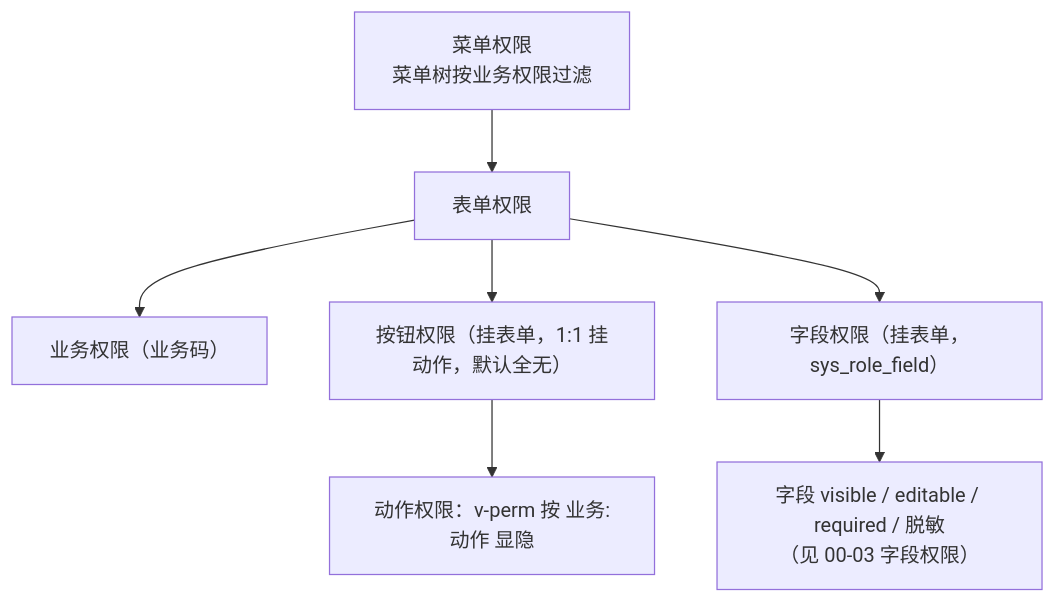
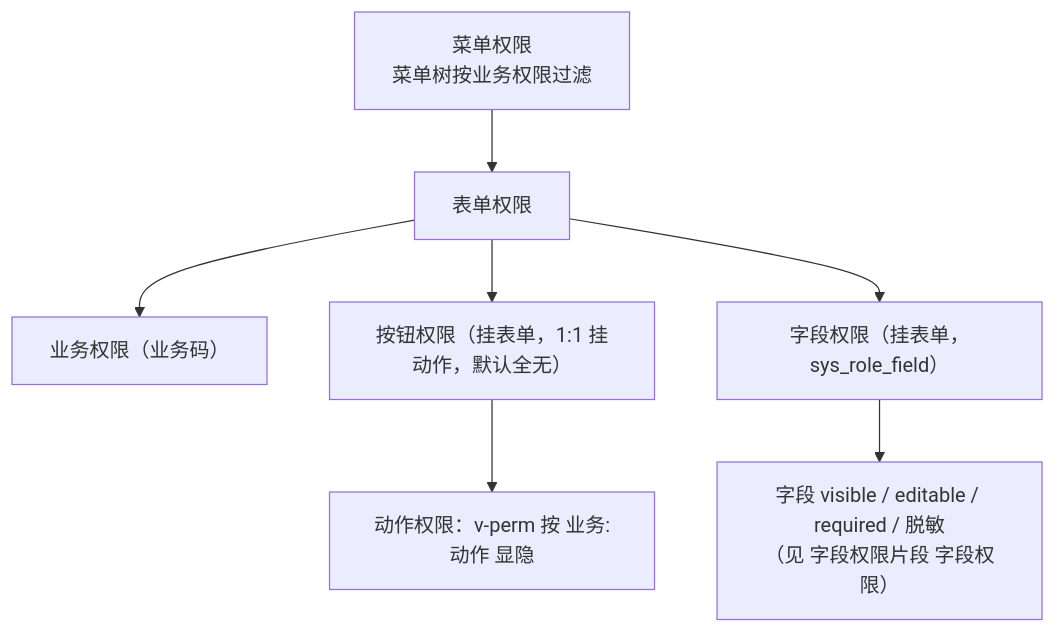
The diagram in bms文档/设计/组件设计/09_基础类/02_组件设计_权限指令/02_组件设计_权限指令.md (minjian123/basic-management-system), drawn with Mermaid before and after one commit. The commit also changed other lines of this file and 91 other files, not shown here.

Commit message:
docs(组件库): 组件设计正文编号引用清理（改为名称定位，保留目录与路线图编号）

````diff
--- a/bms文档/设计/组件设计/09_基础类/02_组件设计_权限指令/02_组件设计_权限指令.md
+++ b/bms文档/设计/组件设计/09_基础类/02_组件设计_权限指令/02_组件设计_权限指令.md
@@ -36,9 +36,9 @@
 ```mermaid
 graph TD
     MENU["菜单权限<br/>菜单树按业务权限过滤"] --> FORM["表单权限"]
     FORM --> BIZ["业务权限（业务码）"]
     FORM --> BTN["按钮权限（挂表单，1:1 挂动作，默认全无）"]
     FORM --> FIELD["字段权限（挂表单，sys_role_field）"]
     BTN --> ACT["动作权限：v-perm 按 业务:动作 显隐"]
-    FIELD --> FE["字段 visible / editable / required / 脱敏<br/>（见 00-03 字段权限）"]
+    FIELD --> FE["字段 visible / editable / required / 脱敏<br/>（见 字段权限片段 字段权限）"]
 ```
````
